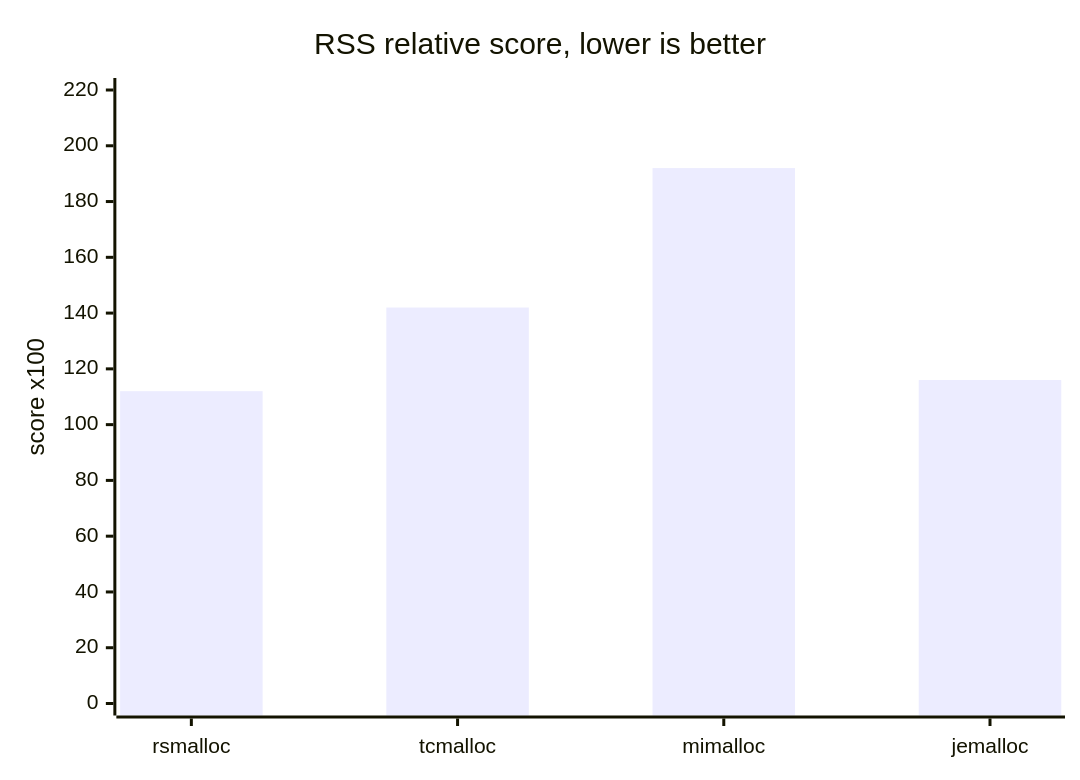
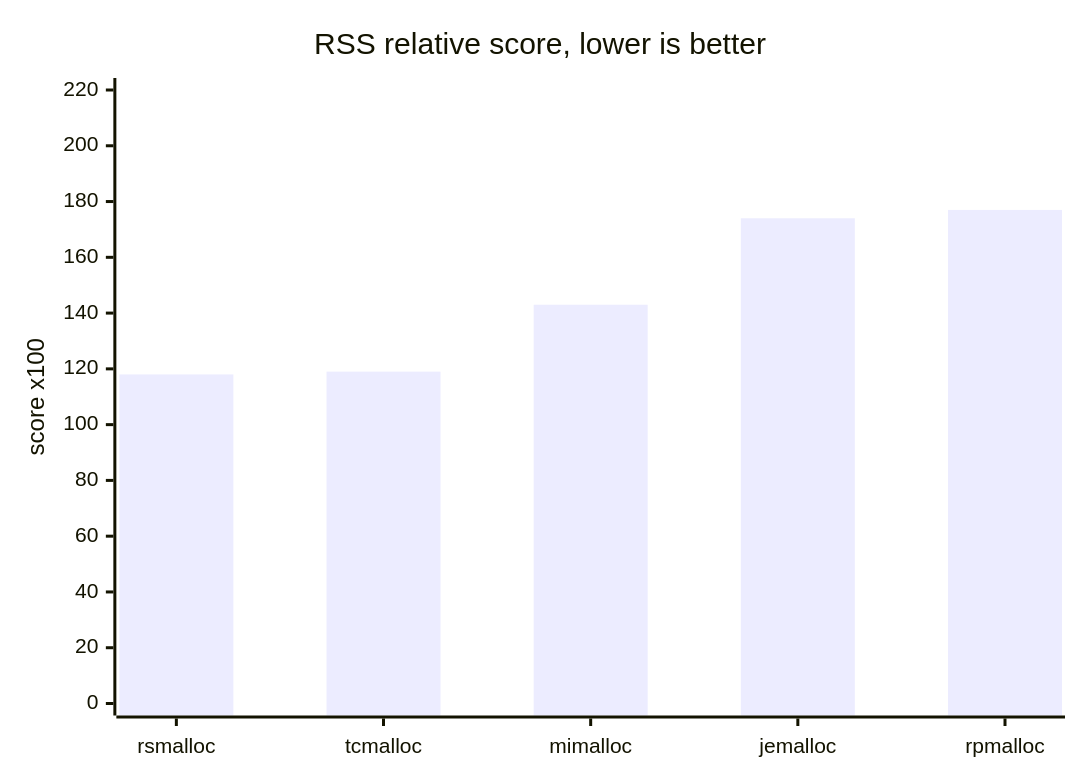
The fourth of 10 diagrams in benchmarks/benchmarks.md (Metehan120/rsmalloc), drawn with Mermaid before and after one commit. The commit also changed other lines of this file and 64 other files, not shown here.

````diff
--- a/benchmarks/benchmarks.md
+++ b/benchmarks/benchmarks.md
@@ -109,7 +130,7 @@
 ```mermaid
 xychart-beta
     title "RSS relative score, lower is better"
-    x-axis [rsmalloc, tcmalloc, mimalloc, jemalloc]
+    x-axis [rsmalloc, tcmalloc, mimalloc, jemalloc, rpmalloc]
     y-axis "score x100" 0 --> 220
-    bar [112, 142, 192, 116]
+    bar [118, 119, 143, 174, 177]
 ```
````
